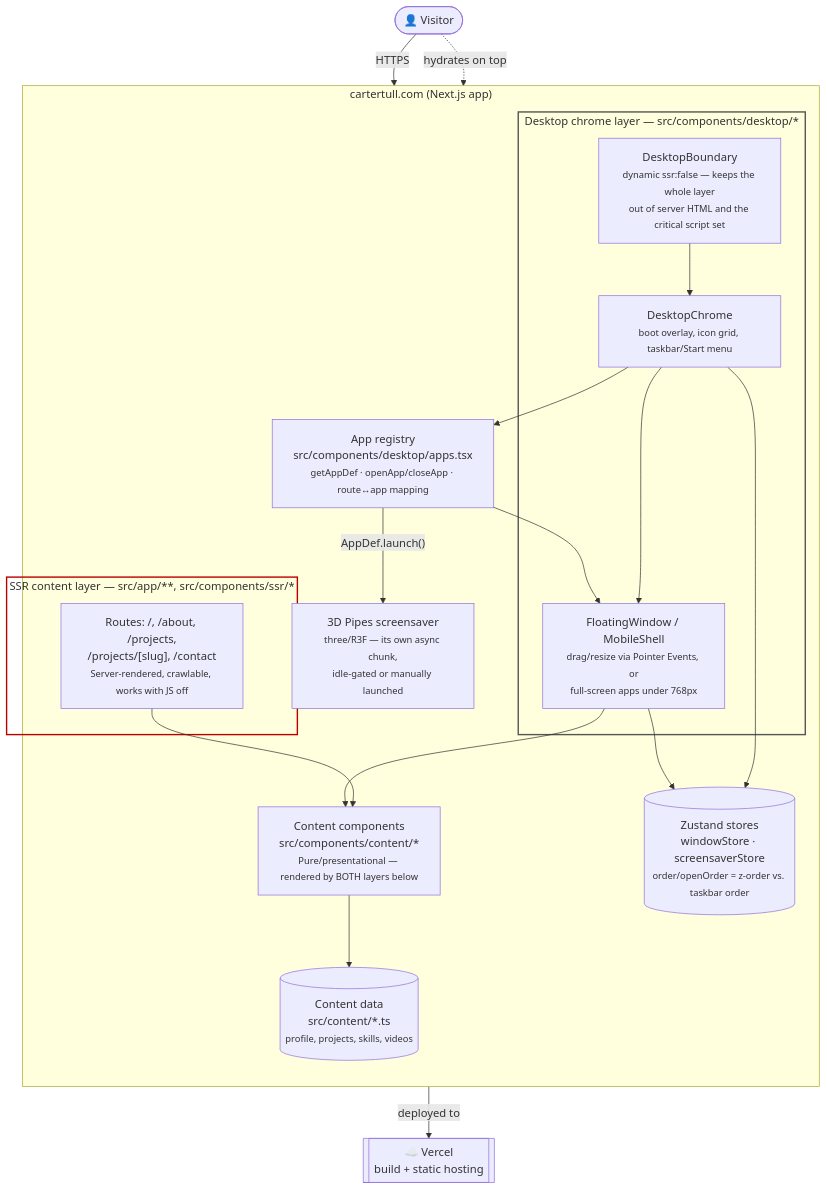
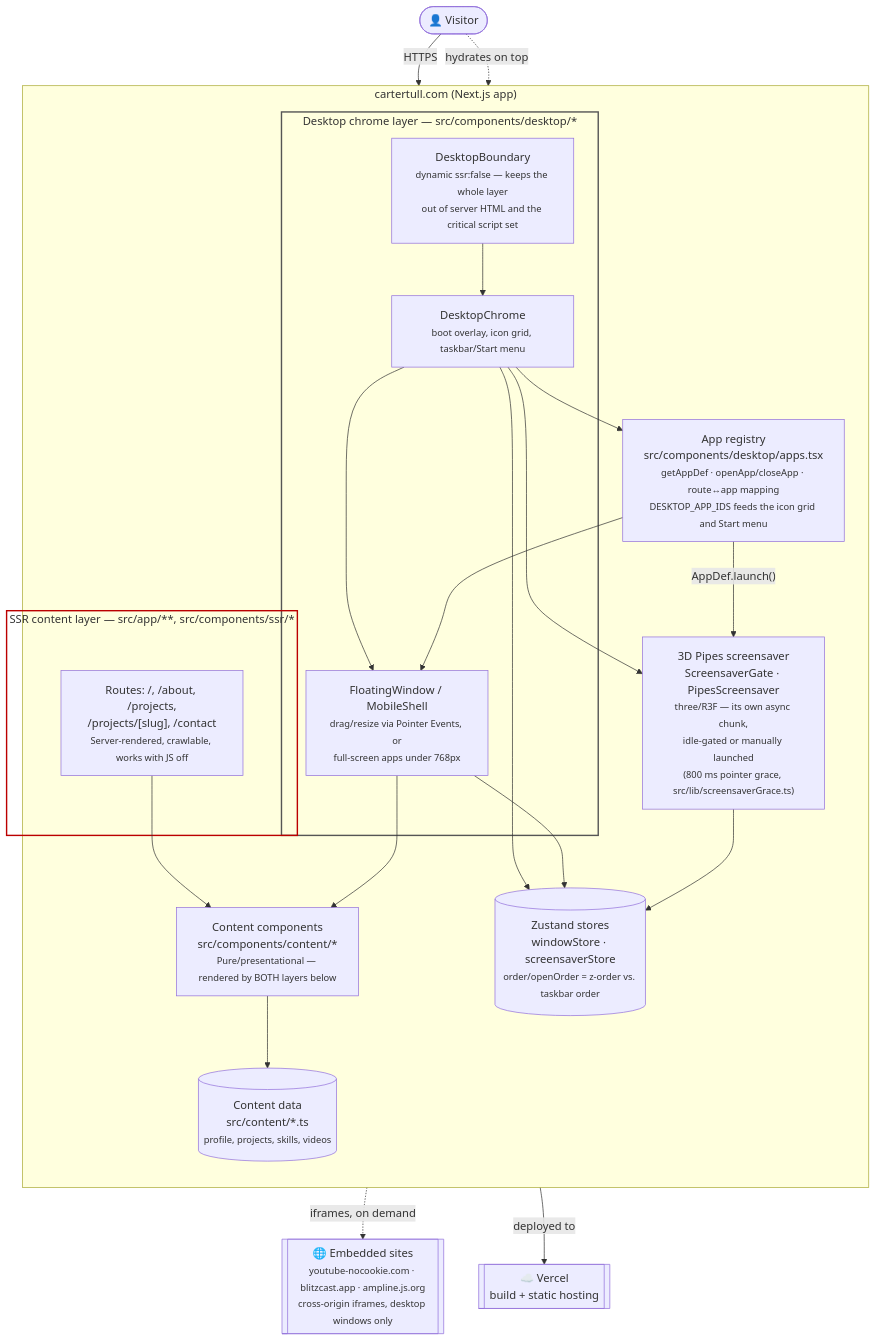
The diagram in diagrams/c4-container.md (carterptull/personal-portfolio-website), drawn with Mermaid before and after one commit. The commit also changed other lines of this file and 7 other files, not shown here.

Commit message:
Refreshed stale diagrams to match v1.2.0.

````diff
--- a/diagrams/c4-container.md
+++ b/diagrams/c4-container.md
@@ -7,50 +7,54 @@
 ```mermaid
 flowchart TB
     visitor(["👤 Visitor"])
 
     subgraph app["cartertull.com (Next.js app)"]
         direction TB
 
         subgraph ssr["SSR content layer — src/app/**, src/components/ssr/*"]
             routes["Routes: /, /about, /projects,<br/>/projects/[slug], /contact<br/><small>Server-rendered, crawlable, works with JS off</small>"]
         end
 
         content["Content components<br/>src/components/content/*<br/><small>Pure/presentational — rendered by BOTH layers below</small>"]
 
         subgraph desktop["Desktop chrome layer — src/components/desktop/*"]
             boundary["DesktopBoundary<br/><small>dynamic ssr:false — keeps the whole layer<br/>out of server HTML and the critical script set</small>"]
             chrome["DesktopChrome<br/><small>boot overlay, icon grid, taskbar/Start menu</small>"]
             windows["FloatingWindow / MobileShell<br/><small>drag/resize via Pointer Events, or<br/>full-screen apps under 768px</small>"]
         end
 
         store[("Zustand stores<br/>windowStore · screensaverStore<br/><small>order/openOrder = z-order vs. taskbar order</small>")]
 
-        registry["App registry<br/>src/components/desktop/apps.tsx<br/><small>getAppDef · openApp/closeApp · route↔app mapping</small>"]
+        registry["App registry<br/>src/components/desktop/apps.tsx<br/><small>getAppDef · openApp/closeApp · route↔app mapping<br/>DESKTOP_APP_IDS feeds the icon grid and Start menu</small>"]
 
         dataFile[("Content data<br/>src/content/*.ts<br/><small>profile, projects, skills, videos</small>")]
 
-        screensaver["3D Pipes screensaver<br/><small>three/R3F — its own async chunk,<br/>idle-gated or manually launched</small>"]
+        screensaver["3D Pipes screensaver<br/>ScreensaverGate · PipesScreensaver<br/><small>three/R3F — its own async chunk,<br/>idle-gated or manually launched<br/>(800 ms pointer grace, src/lib/screensaverGrace.ts)</small>"]
     end
 
     vercel[["☁️ Vercel<br/>build + static hosting"]]
+    embeds[["🌐 Embedded sites<br/><small>youtube-nocookie.com · blitzcast.app · ampline.js.org<br/>cross-origin iframes, desktop windows only</small>"]]
 
     visitor -->|HTTPS| routes
     visitor -.->|"hydrates on top"| boundary
 
     routes --> content
     windows --> content
     content --> dataFile
 
     boundary --> chrome
     chrome --> windows
     chrome --> store
     windows --> store
     chrome --> registry
     registry --> windows
     registry -->|"AppDef.launch()"| screensaver
+    chrome --> screensaver
+    screensaver --> store
+    windows -.->|"iframes, on demand"| embeds
 
     app -->|"deployed to"| vercel
 
     style ssr fill:transparent,stroke:#BB0000,stroke-width:2px
     style desktop fill:transparent,stroke:#555,stroke-width:2px
 ```
````
